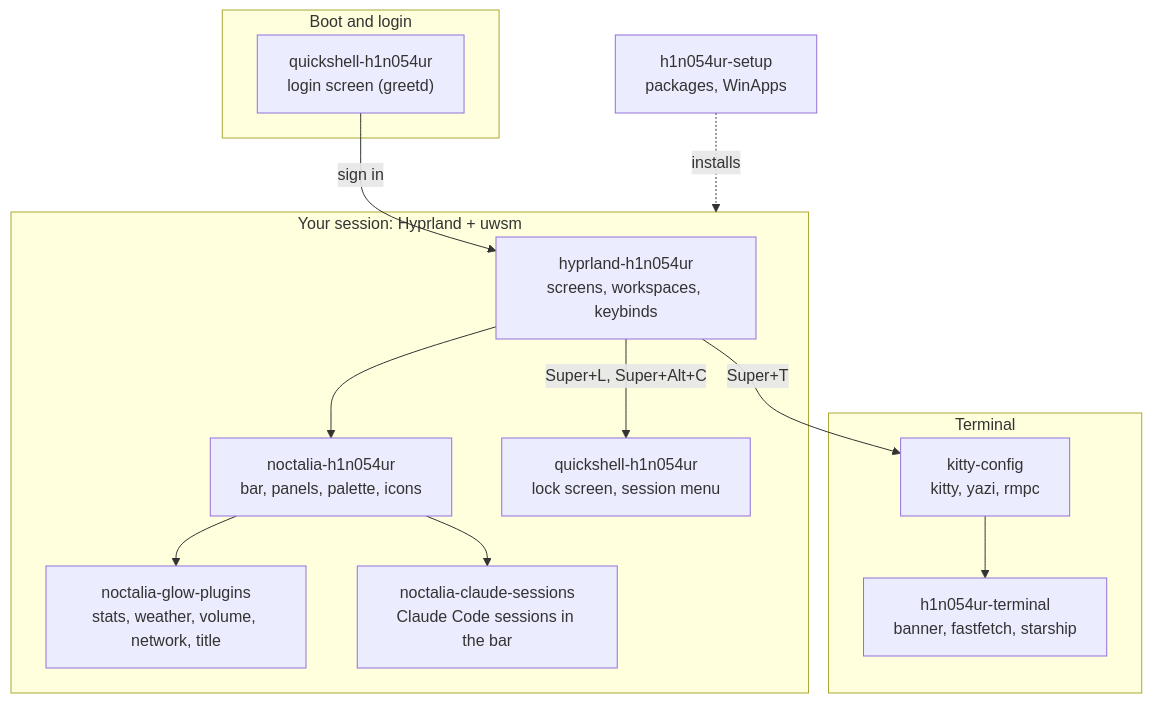
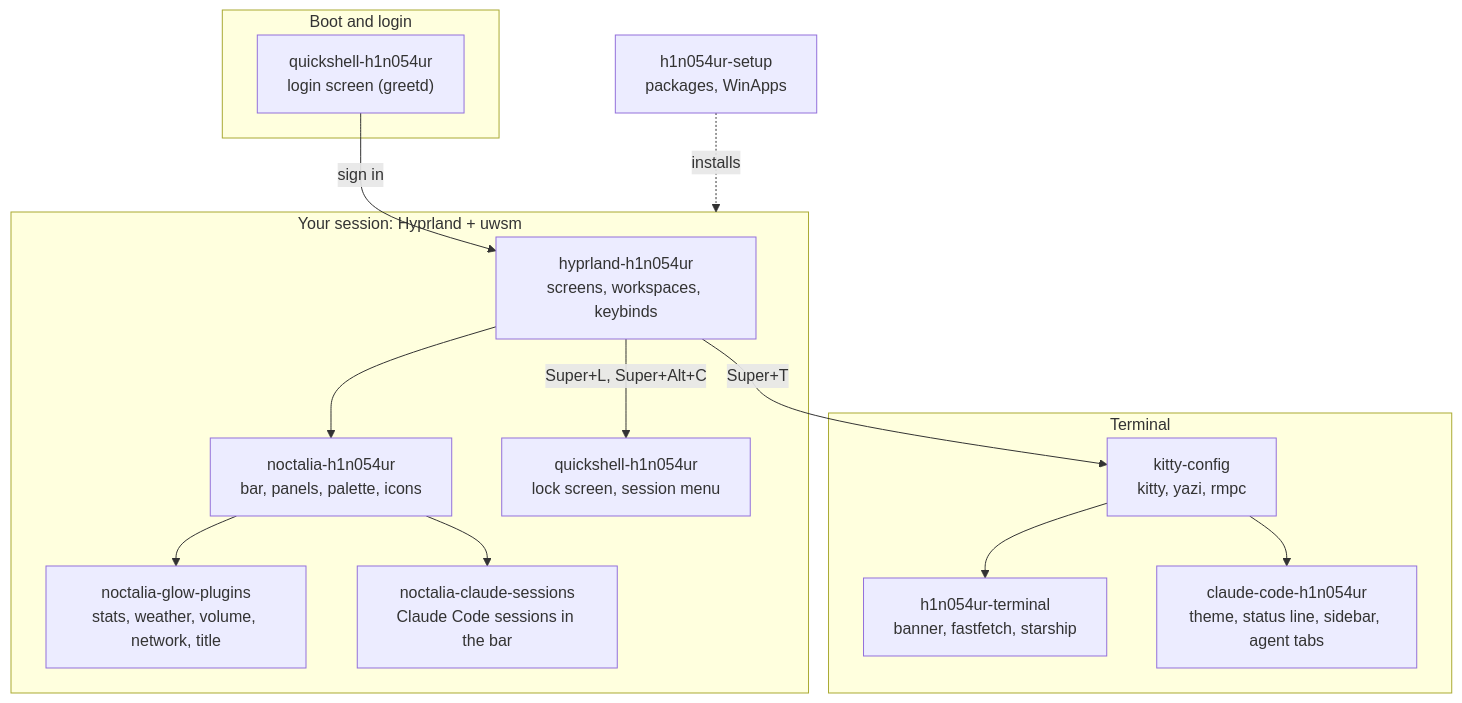
Before and after one commit to h1n054ur/desktop: the diagram in README.md, drawn with Mermaid. The commit also changed other lines of this file and 24 other files, not shown here.

Commit message:
feat(claude-code): h1n054ur theme, status line, task sidebar and agent tabs for Claude Code

````diff
--- a/README.md
+++ b/README.md
@@ -56,26 +58,28 @@
 ```mermaid
 flowchart TB
   subgraph boot["Boot and login"]
     GR["quickshell-h1n054ur<br/>login screen (greetd)"]
   end
   subgraph session["Your session: Hyprland + uwsm"]
     HY["hyprland-h1n054ur<br/>screens, workspaces, keybinds"]
     NT["noctalia-h1n054ur<br/>bar, panels, palette, icons"]
     GP["noctalia-glow-plugins<br/>stats, weather, volume, network, title"]
     CS["noctalia-claude-sessions<br/>Claude Code sessions in the bar"]
     LK["quickshell-h1n054ur<br/>lock screen, session menu"]
   end
   subgraph term["Terminal"]
     KT["kitty-config<br/>kitty, yazi, rmpc"]
     TM["h1n054ur-terminal<br/>banner, fastfetch, starship"]
+    CC["claude-code-h1n054ur<br/>theme, status line, sidebar, agent tabs"]
   end
   ST["h1n054ur-setup<br/>packages, WinApps"]
   ST -.->|installs| session
   GR -->|"sign in"| HY
   HY --> NT
   NT --> GP
   NT --> CS
   HY -->|"Super+L, Super+Alt+C"| LK
   HY -->|"Super+T"| KT
   KT --> TM
+  KT --> CC
 ```
````
